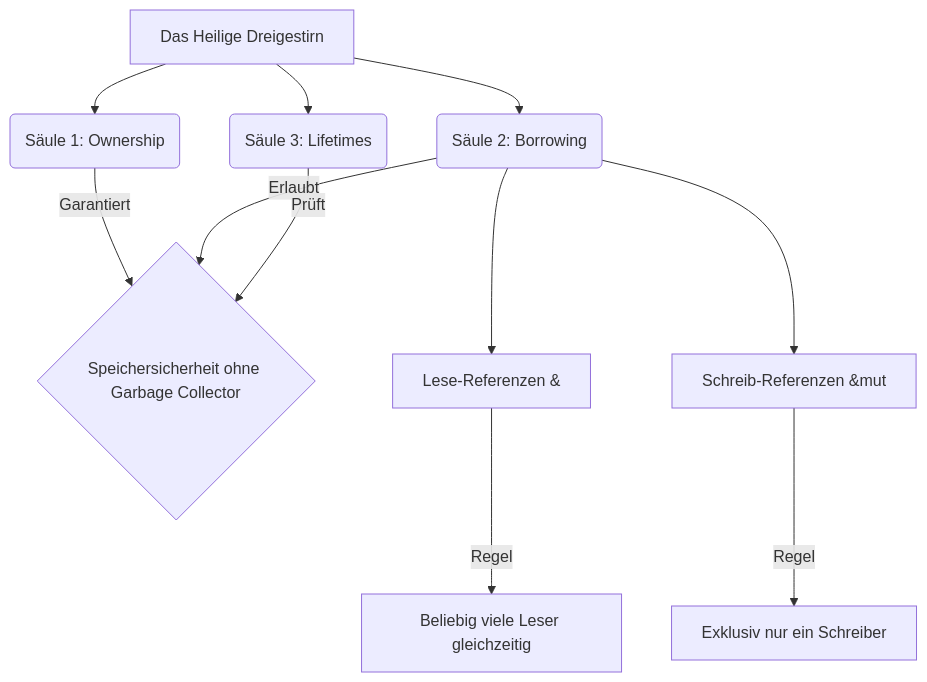
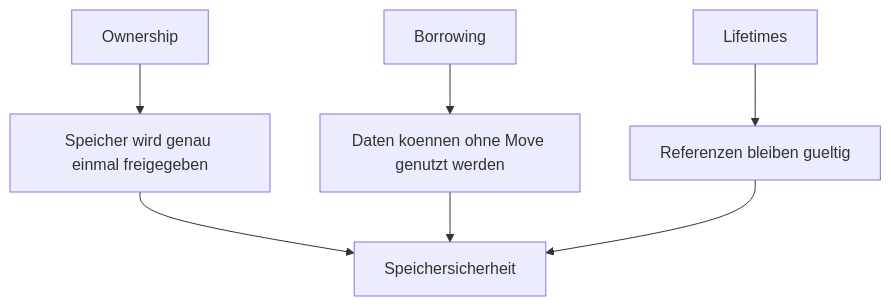
Before and after one commit to thorstenkloehn/RustKurs: the diagram in 21.md, drawn with Mermaid. The commit also changed other lines of this file and 6 other files, not shown here.

````diff
--- a/21.md
+++ b/21.md
@@ -26,16 +220,9 @@
 ```mermaid
-graph TD
-    A[Das Heilige Dreigestirn] --> B(Säule 1: Ownership)
-    A --> C(Säule 2: Borrowing)
-    A --> D(Säule 3: Lifetimes)
-    
-    B -->|Garantiert| E{Speichersicherheit ohne Garbage Collector}
-    C -->|Erlaubt| E
-    D -->|Prüft| E
-    
-    C --> F[Lese-Referenzen &]
-    C --> G[Schreib-Referenzen &mut]
-    
-    F -->|Regel| H[Beliebig viele Leser gleichzeitig]
-    G -->|Regel| I[Exklusiv nur ein Schreiber]
+flowchart TD
+    A[Ownership] --> D[Speicher wird genau einmal freigegeben]
+    B[Borrowing] --> E[Daten koennen ohne Move genutzt werden]
+    C[Lifetimes] --> F[Referenzen bleiben gueltig]
+    D --> G[Speichersicherheit]
+    E --> G
+    F --> G
 ```
````
